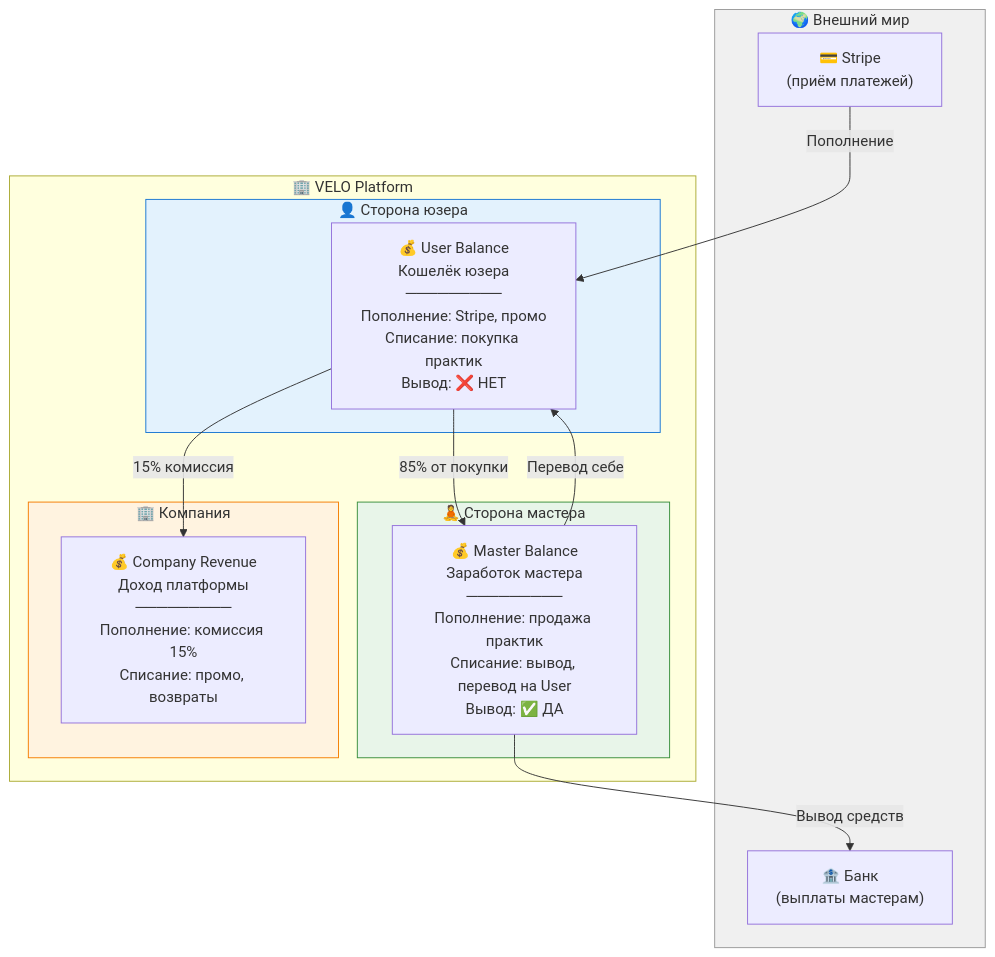
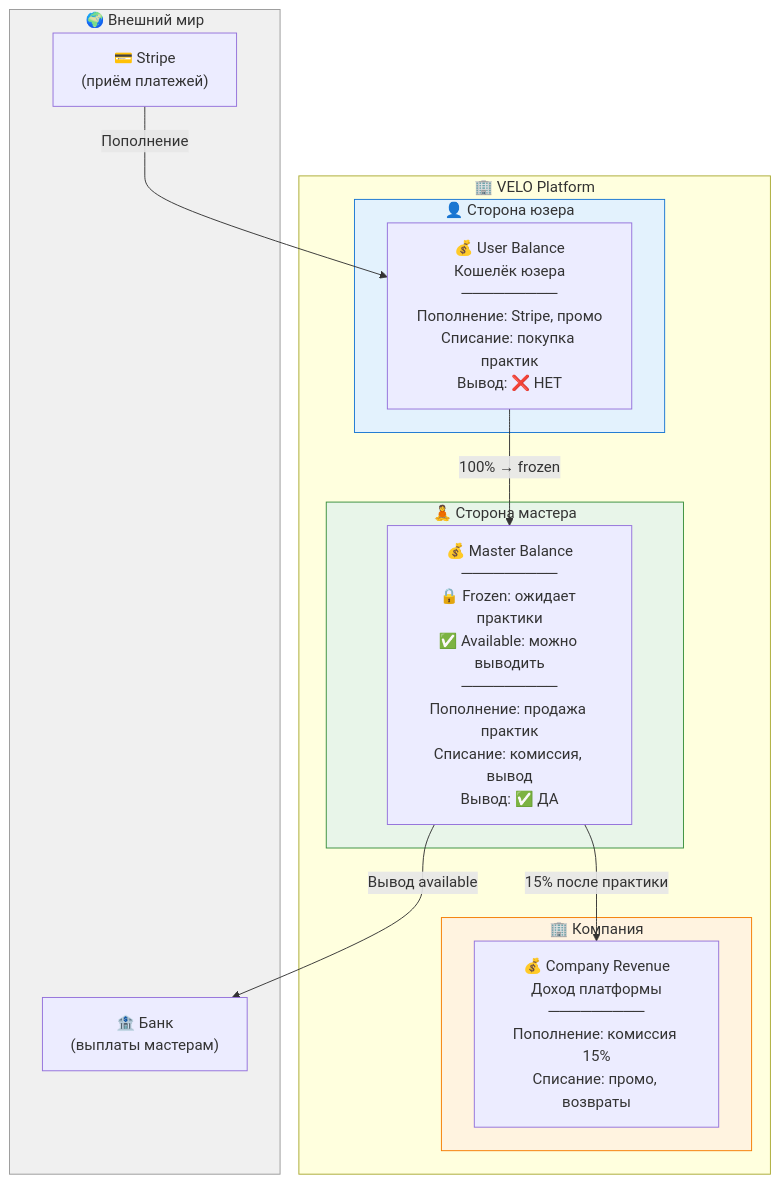
The first of 9 diagrams in VELO-Payment-System-Meeting.md (aivis-one/velo), drawn with Mermaid before and after one commit. The commit also changed other lines of this file, not shown here.

````diff
--- a/VELO-Payment-System-Meeting.md
+++ b/VELO-Payment-System-Meeting.md
@@ -20,32 +21,31 @@
 ```mermaid
 flowchart TB
     subgraph EXTERNAL["🌍 Внешний мир"]
         STRIPE["💳 Stripe<br/>(приём платежей)"]
         BANK["🏦 Банк<br/>(выплаты мастерам)"]
     end
 
     subgraph VELO["🏢 VELO Platform"]
         subgraph USER_SIDE["👤 Сторона юзера"]
             UB["💰 User Balance<br/>Кошелёк юзера<br/>─────────<br/>Пополнение: Stripe, промо<br/>Списание: покупка практик<br/>Вывод: ❌ НЕТ"]
         end
 
         subgraph MASTER_SIDE["🧘 Сторона мастера"]
-            MB["💰 Master Balance<br/>Заработок мастера<br/>─────────<br/>Пополнение: продажа практик<br/>Списание: вывод, перевод на User<br/>Вывод: ✅ ДА"]
+            MB["💰 Master Balance<br/>─────────<br/>🔒 Frozen: ожидает практики<br/>✅ Available: можно выводить<br/>─────────<br/>Пополнение: продажа практик<br/>Списание: комиссия, вывод<br/>Вывод: ✅ ДА"]
         end
 
         subgraph COMPANY_SIDE["🏢 Компания"]
             CB["💰 Company Revenue<br/>Доход платформы<br/>─────────<br/>Пополнение: комиссия 15%<br/>Списание: промо, возвраты"]
         end
     end
 
     STRIPE -->|"Пополнение"| UB
-    UB -->|"85% от покупки"| MB
-    UB -->|"15% комиссия"| CB
-    MB -->|"Перевод себе"| UB
-    MB -->|"Вывод средств"| BANK
+    UB -->|"100% → frozen"| MB
+    MB -->|"15% после практики"| CB
+    MB -->|"Вывод available"| BANK
 
     style EXTERNAL fill:#f0f0f0,stroke:#999
     style USER_SIDE fill:#E3F2FD,stroke:#1976D2
     style MASTER_SIDE fill:#E8F5E9,stroke:#388E3C
     style COMPANY_SIDE fill:#FFF3E0,stroke:#F57C00
 ```
````
